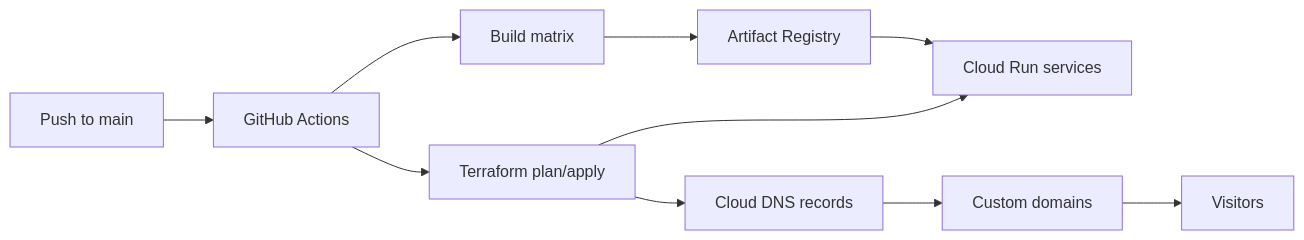
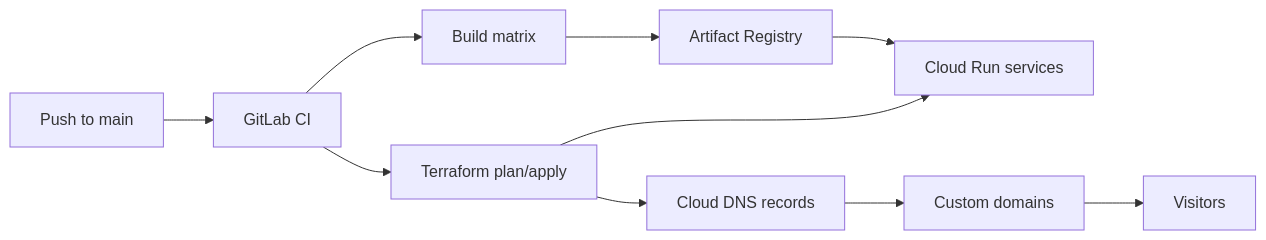
One commit to Boursyt/theoboursy_fr changed the diagram in README.md. Above: the diagram before and after it, drawn with Mermaid. The commit also changed other lines of this file and 5 other files, not shown here.

First line of the commit message:
Move CI to GitLab, add cloud homepage and privacy policy

````diff
--- a/README.md
+++ b/README.md
@@ -26,12 +27,12 @@
 ```mermaid
 flowchart LR
-  dev[Push to main] --> gha[GitHub Actions]
+  dev[Push to main] --> gha[GitLab CI]
   gha --> build[Build matrix]
   build --> ar[Artifact Registry]
   gha --> tf[Terraform plan/apply]
   tf --> run[Cloud Run services]
   tf --> dns[Cloud DNS records]
   dns --> domains[Custom domains]
   ar --> run
   domains --> users[Visitors]
 ```
````
